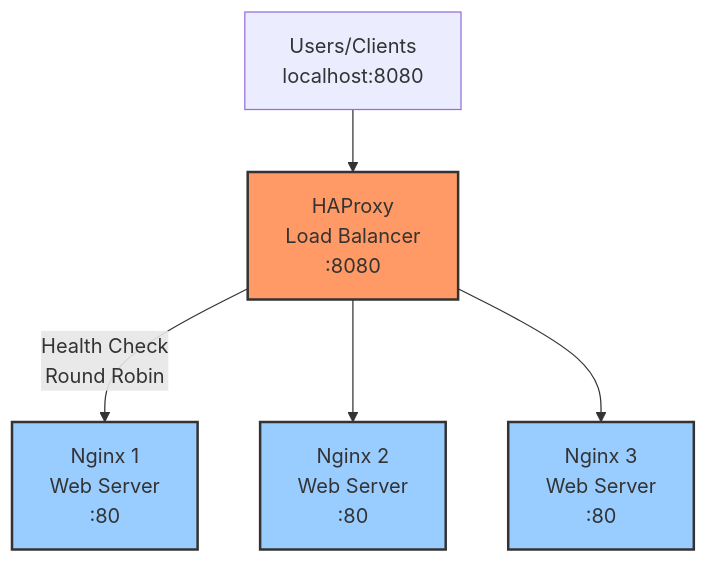
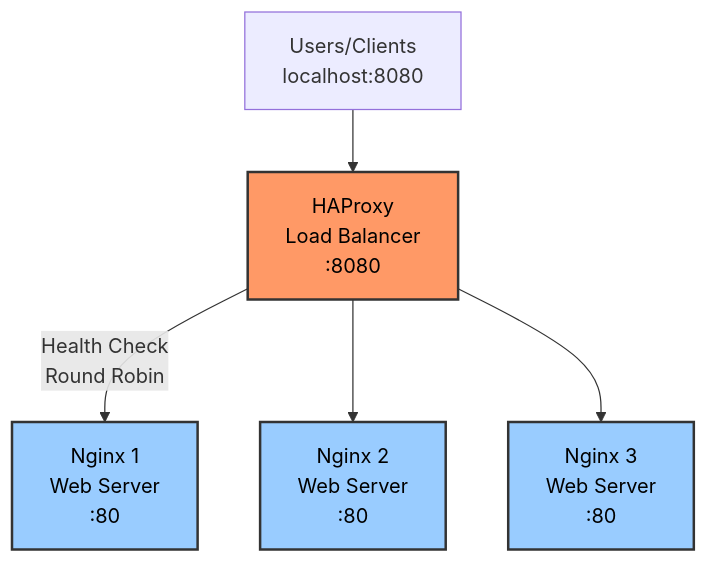
One commit to endymuhardin/training-sre-junior-2025-02 changed the first of 2 diagrams in belajar-ha/demo-1-stateless-ha/README.md. Above: the diagram before and after it, drawn with Mermaid. The commit also changed other lines of this file and 3 other files, not shown here.

First line of the commit message:
Perbaikan kontras warna diagram Mermaid untuk dark/light theme

````diff
--- a/belajar-ha/demo-1-stateless-ha/README.md
+++ b/belajar-ha/demo-1-stateless-ha/README.md
@@ -11,18 +11,18 @@
 ```mermaid
 graph TB
     Users[Users/Clients<br/>localhost:8080]
     HAProxy[HAProxy<br/>Load Balancer<br/>:8080]
     Nginx1[Nginx 1<br/>Web Server<br/>:80]
     Nginx2[Nginx 2<br/>Web Server<br/>:80]
     Nginx3[Nginx 3<br/>Web Server<br/>:80]
 
     Users --> HAProxy
     HAProxy -->|Health Check<br/>Round Robin| Nginx1
     HAProxy --> Nginx2
     HAProxy --> Nginx3
 
-    style HAProxy fill:#f96,stroke:#333,stroke-width:2px
-    style Nginx1 fill:#9cf,stroke:#333,stroke-width:2px
-    style Nginx2 fill:#9cf,stroke:#333,stroke-width:2px
-    style Nginx3 fill:#9cf,stroke:#333,stroke-width:2px
+    style HAProxy fill:#f96,stroke:#333,stroke-width:2px,color:#000
+    style Nginx1 fill:#9cf,stroke:#333,stroke-width:2px,color:#000
+    style Nginx2 fill:#9cf,stroke:#333,stroke-width:2px,color:#000
+    style Nginx3 fill:#9cf,stroke:#333,stroke-width:2px,color:#000
 ```
````
